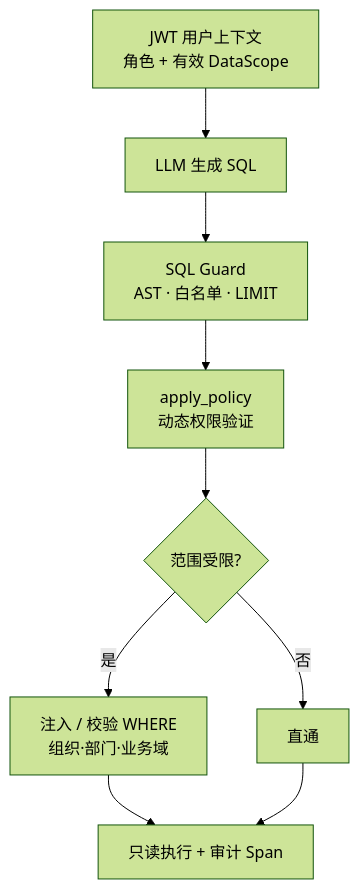
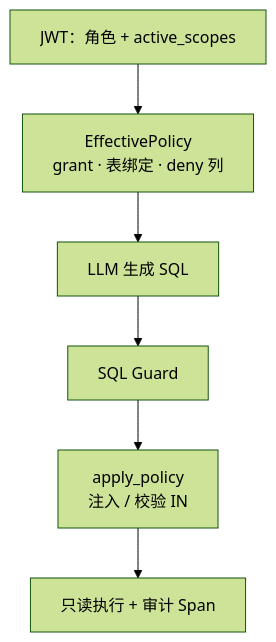
The fourth of 5 diagrams in README.md (yanqiuping110-cloud/xb-data-copilot-bot), drawn with Mermaid (forest theme) before and after one commit. The commit also changed other lines of this file and 33 other files, not shown here.

````diff
--- a/README.md
+++ b/README.md
@@ -230,15 +248,11 @@
 ```mermaid
 flowchart TD
-    JWT["JWT 用户上下文<br/>角色 + 有效 DataScope"]
+    JWT["JWT：角色 + active_scopes"]
+    Policy["EffectivePolicy<br/>grant · 表绑定 · deny 列"]
     Gen["LLM 生成 SQL"]
-    Validate["SQL Guard<br/>AST · 白名单 · LIMIT"]
-    Policy["apply_policy<br/>动态权限验证"]
-    Inject{"范围受限?"}
-    InjectYes["注入 / 校验 WHERE<br/>组织·部门·业务域"]
-    InjectNo["直通"]
+    Validate["SQL Guard"]
+    Scope["apply_policy<br/>注入 / 校验 IN"]
     Exec["只读执行 + 审计 Span"]
 
-    JWT --> Gen --> Validate --> Policy --> Inject
-    Inject -->|是| InjectYes --> Exec
-    Inject -->|否| InjectNo --> Exec
+    JWT --> Policy --> Gen --> Validate --> Scope --> Exec
 ```
````
